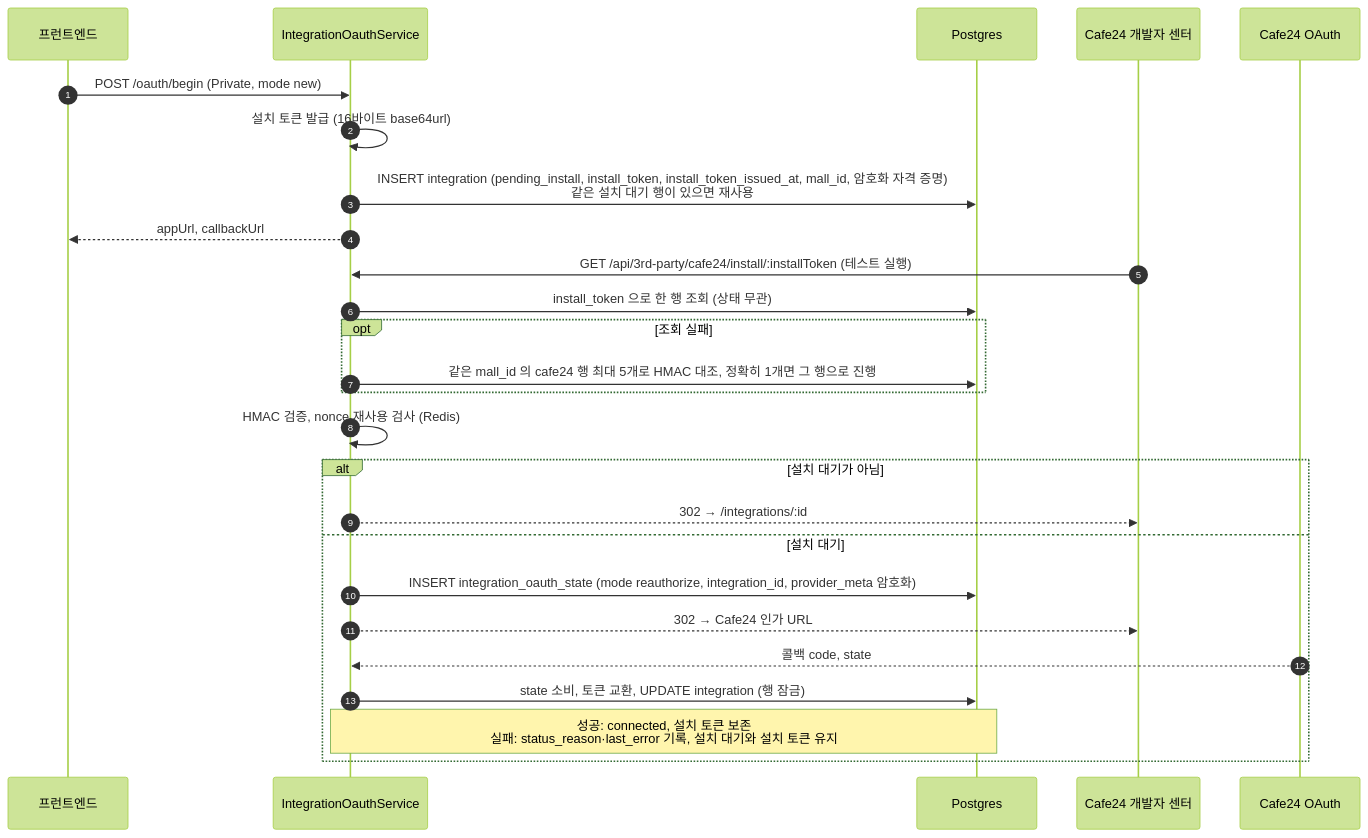
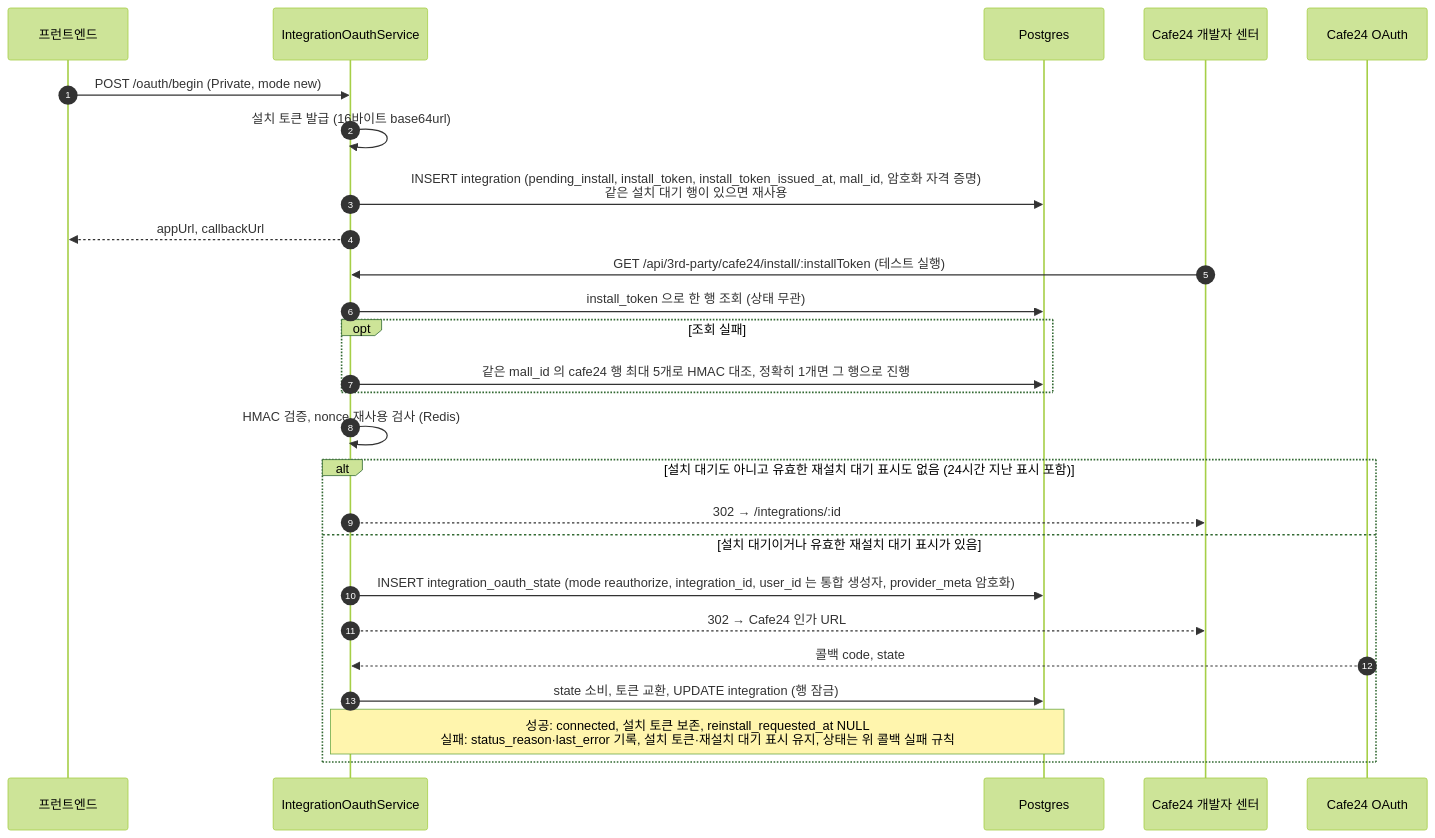
Before and after one commit to worker-ants/clemvion: the fourth of 6 diagrams in spec/CLE-INT/CLE-INT-DATA.md, drawn with Mermaid (forest theme). The commit also changed other lines of this file and 6 other files, not shown here.

````diff
--- a/spec/CLE-INT/CLE-INT-DATA.md
+++ b/spec/CLE-INT/CLE-INT-DATA.md
@@ -346,28 +349,28 @@
 ```mermaid
 sequenceDiagram
   autonumber
   participant FE as 프런트엔드
   participant Svc as IntegrationOauthService
   participant PG as Postgres
   participant CDev as Cafe24 개발자 센터
   participant Prov as Cafe24 OAuth
   FE->>Svc: POST /oauth/begin (Private, mode new)
   Svc->>Svc: 설치 토큰 발급 (16바이트 base64url)
   Svc->>PG: INSERT integration (pending_install, install_token, install_token_issued_at, mall_id, 암호화 자격 증명)<br/>같은 설치 대기 행이 있으면 재사용
   Svc-->>FE: appUrl, callbackUrl
   CDev->>Svc: GET /api/3rd-party/cafe24/install/:installToken (테스트 실행)
   Svc->>PG: install_token 으로 한 행 조회 (상태 무관)
   opt 조회 실패
     Svc->>PG: 같은 mall_id 의 cafe24 행 최대 5개로 HMAC 대조, 정확히 1개면 그 행으로 진행
   end
   Svc->>Svc: HMAC 검증, nonce 재사용 검사 (Redis)
-  alt 설치 대기가 아님
+  alt 설치 대기도 아니고 유효한 재설치 대기 표시도 없음 (24시간 지난 표시 포함)
     Svc-->>CDev: 302 → /integrations/:id
-  else 설치 대기
-    Svc->>PG: INSERT integration_oauth_state (mode reauthorize, integration_id, provider_meta 암호화)
+  else 설치 대기이거나 유효한 재설치 대기 표시가 있음
+    Svc->>PG: INSERT integration_oauth_state (mode reauthorize, integration_id, user_id 는 통합 생성자, provider_meta 암호화)
     Svc-->>CDev: 302 → Cafe24 인가 URL
     Prov-->>Svc: 콜백 code, state
     Svc->>PG: state 소비, 토큰 교환, UPDATE integration (행 잠금)
-    Note over Svc,PG: 성공: connected, 설치 토큰 보존<br/>실패: status_reason·last_error 기록, 설치 대기와 설치 토큰 유지
+    Note over Svc,PG: 성공: connected, 설치 토큰 보존, reinstall_requested_at NULL<br/>실패: status_reason·last_error 기록, 설치 토큰·재설치 대기 표시 유지, 상태는 위 콜백 실패 규칙
   end
 ```
````
